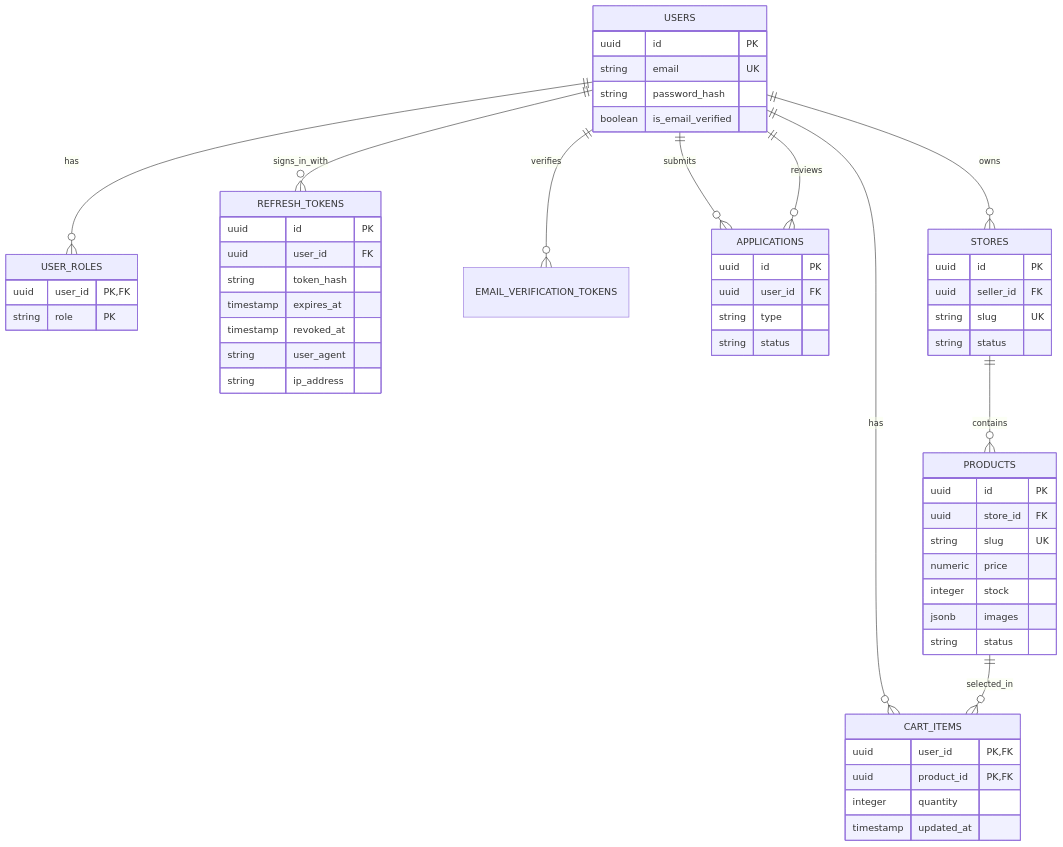
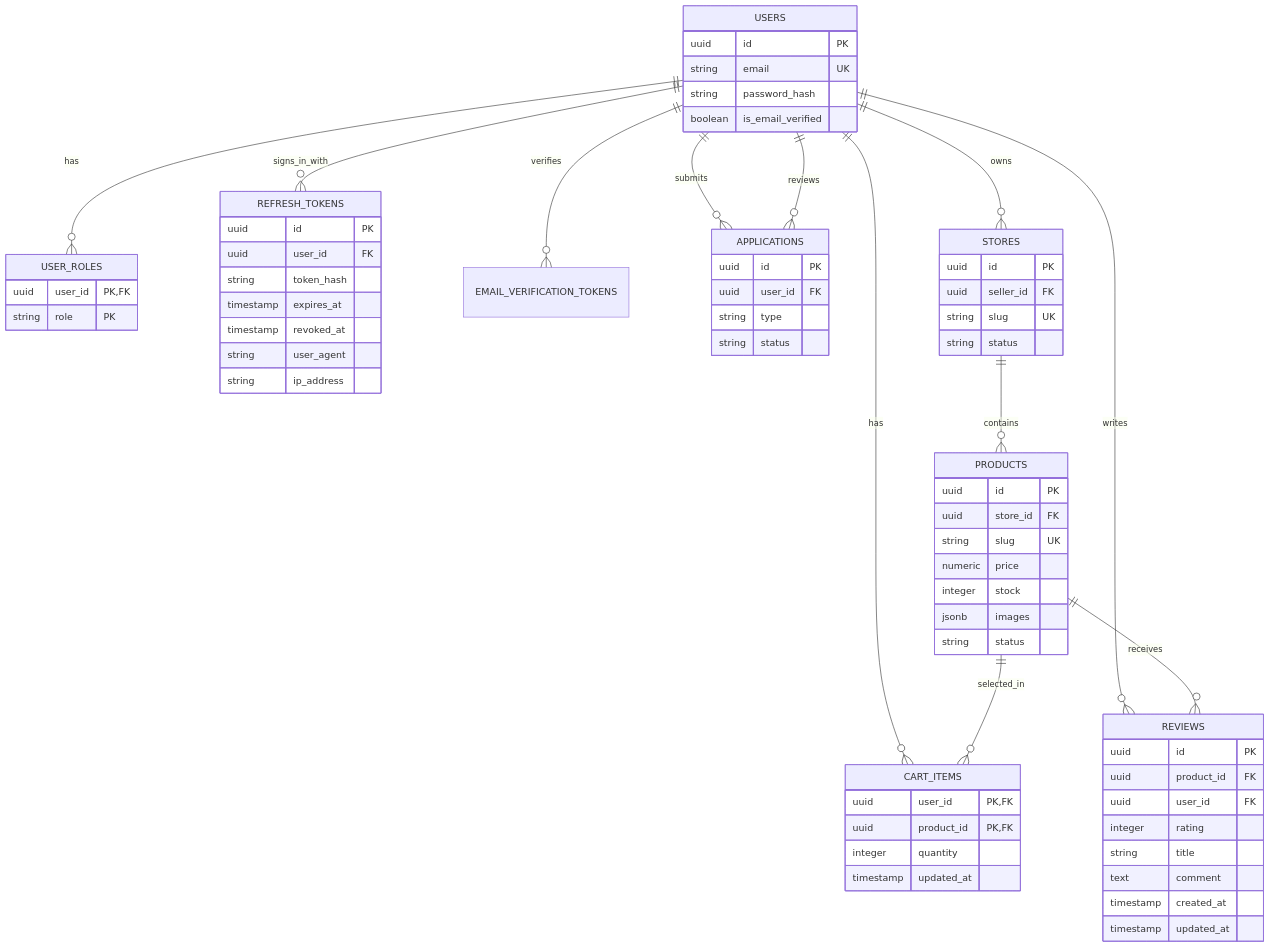
Before and after one commit to Yosf96633/nest-e-commerce: the fourth of 4 diagrams in architecture.md, drawn with Mermaid. The commit also changed other lines of this file and 1 other file, not shown here.

Commit message:
feat: update README and architecture documentation to include reviews module and related functionality

````diff
--- a/architecture.md
+++ b/architecture.md
@@ -153,59 +199,71 @@
 ```mermaid
 erDiagram
     USERS ||--o{ USER_ROLES : has
     USERS ||--o{ REFRESH_TOKENS : signs_in_with
     USERS ||--o{ EMAIL_VERIFICATION_TOKENS : verifies
     USERS ||--o{ APPLICATIONS : submits
     USERS ||--o{ STORES : owns
     STORES ||--o{ PRODUCTS : contains
     USERS ||--o{ APPLICATIONS : reviews
     USERS ||--o{ CART_ITEMS : has
     PRODUCTS ||--o{ CART_ITEMS : selected_in
+    USERS ||--o{ REVIEWS : writes
+    PRODUCTS ||--o{ REVIEWS : receives
 
     USERS {
         uuid id PK
         string email UK
         string password_hash
         boolean is_email_verified
     }
     USER_ROLES {
         uuid user_id PK, FK
         string role PK
     }
     REFRESH_TOKENS {
         uuid id PK
         uuid user_id FK
         string token_hash
         timestamp expires_at
         timestamp revoked_at
         string user_agent
         string ip_address
     }
     APPLICATIONS {
         uuid id PK
         uuid user_id FK
         string type
         string status
     }
     STORES {
         uuid id PK
         uuid seller_id FK
         string slug UK
         string status
     }
     PRODUCTS {
         uuid id PK
         uuid store_id FK
         string slug UK
         numeric price
         integer stock
         jsonb images
         string status
     }
     CART_ITEMS {
         uuid user_id PK, FK
         uuid product_id PK, FK
         integer quantity
         timestamp updated_at
     }
+    REVIEWS {
+        uuid id PK
+        uuid product_id FK
+        uuid user_id FK
+        integer rating
+        string title
+        text comment
+        timestamp created_at
+        timestamp updated_at
+    }
 ```
````
